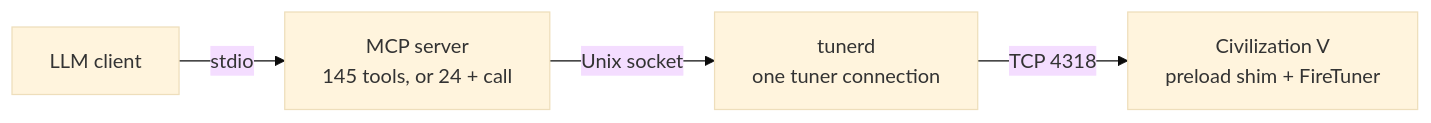
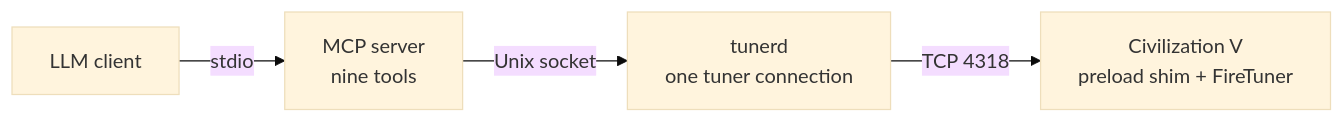
Before and after one commit to ty-meador/civ-v-linux-mcp: the diagram in README.md, drawn with Mermaid (base theme). The commit also changed 31 other files, not shown here.

````diff
--- a/README.md
+++ b/README.md
@@ -241,6 +241,6 @@
 ```mermaid
 flowchart LR
-    A["LLM client"] -->|stdio| B["MCP server<br/>145 tools, or 24 + call"]
+    A["LLM client"] -->|stdio| B["MCP server<br/>nine tools"]
     B -->|Unix socket| C["tunerd<br/>one tuner connection"]
     C -->|TCP 4318| D["Civilization V<br/>preload shim + FireTuner"]
 ```
````
